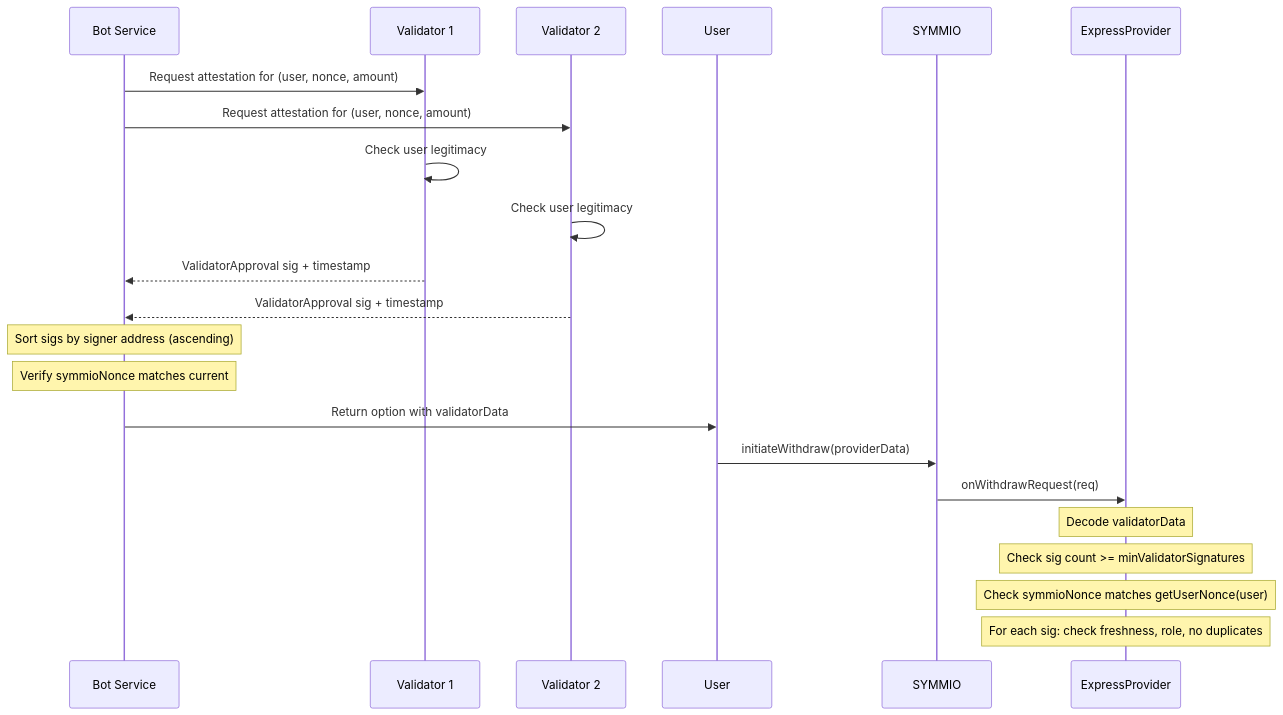
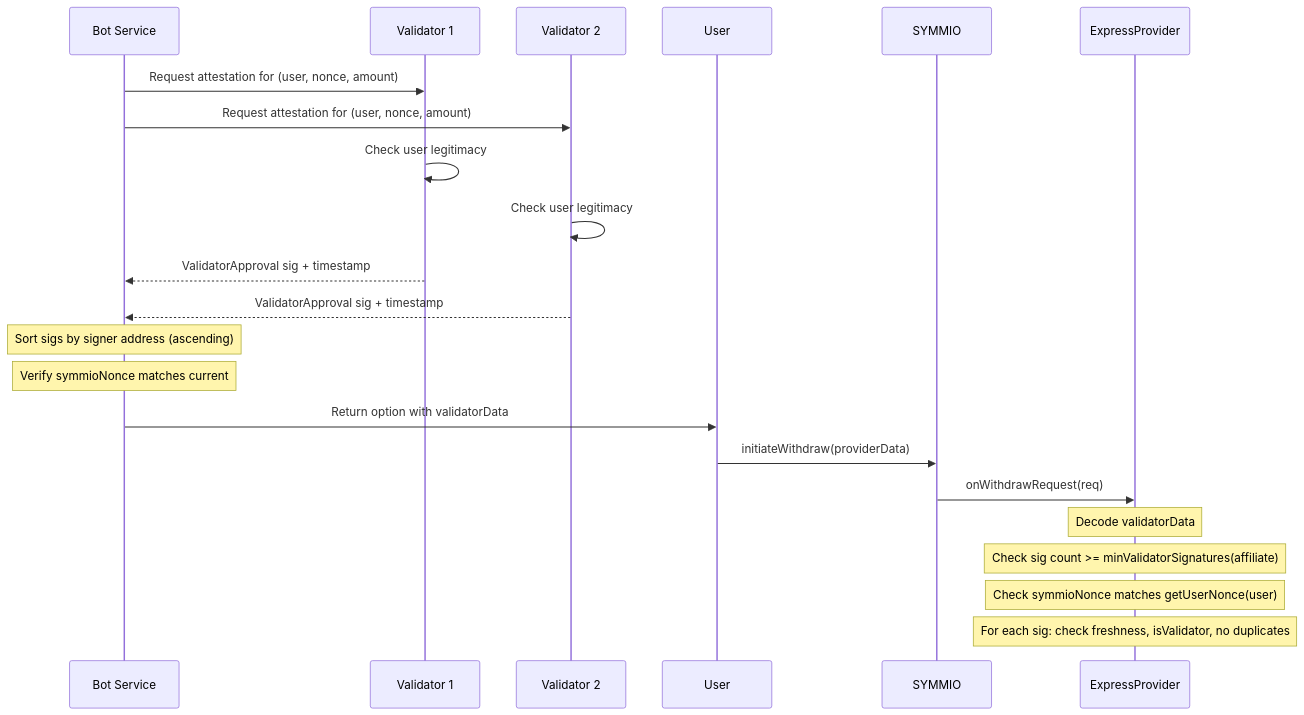
One commit to SYMM-IO/perps-core changed diagram 14 of 29 in docs/v0.8.6/express-bot-operations-checklist.md. Above: the diagram before and after it, drawn with Mermaid. The commit also changed other lines of this file and 1 other file, not shown here.

Commit message:
docs: update validator references to per-affiliate system

````diff
--- a/docs/v0.8.6/express-bot-operations-checklist.md
+++ b/docs/v0.8.6/express-bot-operations-checklist.md
@@ -1760,28 +1761,28 @@
 ```mermaid
 sequenceDiagram
     participant Bot as Bot Service
     participant V1 as Validator 1
     participant V2 as Validator 2
     participant U as User
     participant S as SYMMIO
     participant EP as ExpressProvider
 
     Bot->>V1: Request attestation for (user, nonce, amount)
     Bot->>V2: Request attestation for (user, nonce, amount)
     V1->>V1: Check user legitimacy
     V2->>V2: Check user legitimacy
     V1-->>Bot: ValidatorApproval sig + timestamp
     V2-->>Bot: ValidatorApproval sig + timestamp
 
     Note over Bot: Sort sigs by signer address (ascending)
     Note over Bot: Verify symmioNonce matches current
 
     Bot->>U: Return option with validatorData
     U->>S: initiateWithdraw(providerData)
     S->>EP: onWithdrawRequest(req)
 
     Note over EP: Decode validatorData
-    Note over EP: Check sig count >= minValidatorSignatures
+    Note over EP: Check sig count >= minValidatorSignatures(affiliate)
     Note over EP: Check symmioNonce matches getUserNonce(user)
-    Note over EP: For each sig: check freshness, role, no duplicates
+    Note over EP: For each sig: check freshness, isValidator, no duplicates
 ```
````
